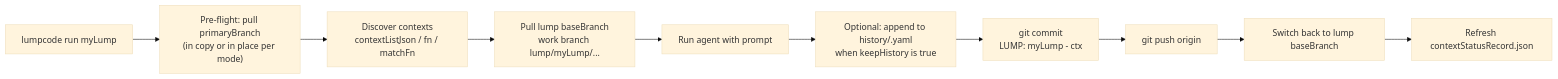
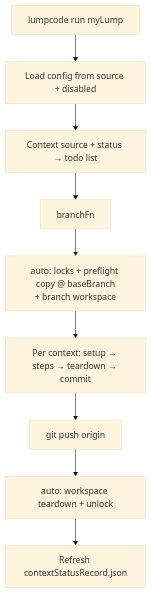
Before and after one commit to lumpcode/lumpcode: the first of 4 diagrams in packages/apps/cli/DOCS/concepts.md, drawn with Mermaid (base theme). The commit also changed other lines of this file and 11 other files, not shown here.

````diff
--- a/packages/apps/cli/DOCS/concepts.md
+++ b/packages/apps/cli/DOCS/concepts.md
@@ -96,14 +100,13 @@
 ```mermaid
-flowchart LR
+flowchart TD
   start["lumpcode run myLump"]
-  preflight["Pre-flight: pull primaryBranch<br/>(in copy or in place per mode)"]
-  discover["Discover contexts<br/>contextListJson / fn / matchFn"]
-  checkout["Pull lump baseBranch<br/>work branch lump/myLump/..."]
-  agent["Run agent with prompt"]
-  history["Optional: append to history/<context>.yaml<br/>when keepHistory is true"]
-  commit["git commit<br/>LUMP: myLump - ctx"]
+  load["Load config from source + disabled"]
+  contexts["Context source + status → todo list"]
+  branch["branchFn"]
+  setup["auto: locks + preflight copy @ baseBranch<br/>+ branch workspace"]
+  loop["Per context: setup → steps → teardown → commit"]
   push["git push origin"]
+  teardown["auto: workspace teardown + unlock"]
   refresh["Refresh contextStatusRecord.json"]
-  back["Switch back to lump baseBranch"]
-  start --> preflight --> discover --> checkout --> agent --> history --> commit --> push --> back --> refresh
+  start --> load --> contexts --> branch --> setup --> loop --> push --> teardown --> refresh
 ```
````
